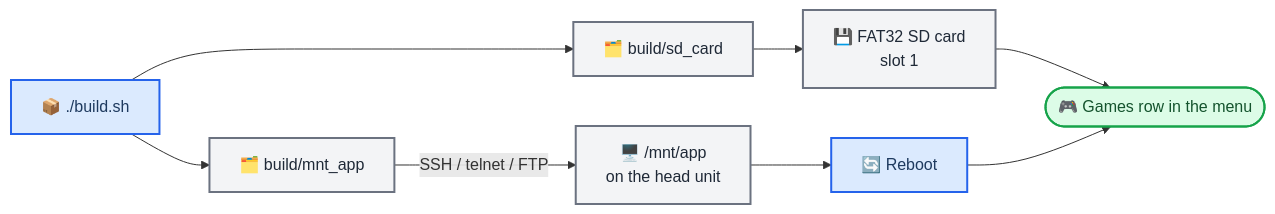
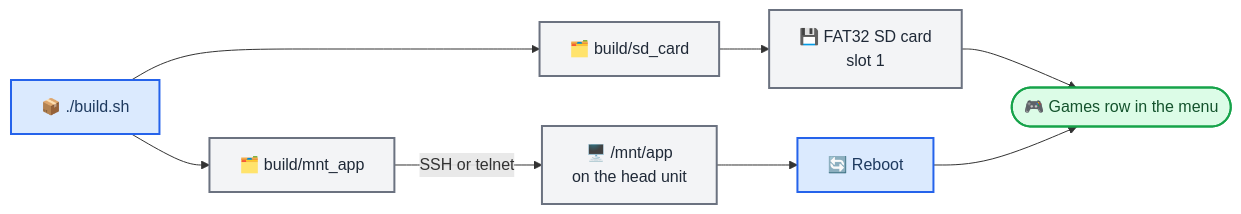
One commit to luka-dev/audi-mib2q-retroarch changed the first of 2 diagrams in README.md. Above: the diagram before and after it, drawn with Mermaid. The commit also changed other lines of this file and 1 other file, not shown here.

First line of the commit message:
Docs: SSH or telnet only, and the IP is per-unit

````diff
--- a/README.md
+++ b/README.md
@@ -123,24 +123,24 @@
 ```mermaid
 flowchart LR
     accTitle: Build and Install Flow
     accDescr: build.sh produces two trees; one is copied to a FAT32 SD card and the other over SSH into the head unit's app image, after which the unit is rebooted.
 
     build["📦 ./build.sh"]
     sd_tree["🗂️ build/sd_card"]
     app_tree["🗂️ build/mnt_app"]
     card["💾 FAT32 SD card<br/>slot 1"]
     hu["🖥️ /mnt/app<br/>on the head unit"]
     reboot["🔄 Reboot"]
     games(["🎮 Games row in the menu"])
 
     build --> sd_tree --> card --> games
-    build --> app_tree -->|"SSH / telnet / FTP"| hu --> reboot --> games
+    build --> app_tree -->|"SSH or telnet"| hu --> reboot --> games
 
     classDef primary fill:#dbeafe,stroke:#2563eb,stroke-width:2px,color:#1e3a5f
     classDef neutral fill:#f3f4f6,stroke:#6b7280,stroke-width:2px,color:#1f2937
     classDef success fill:#dcfce7,stroke:#16a34a,stroke-width:2px,color:#14532d
 
     class build,reboot primary
     class sd_tree,app_tree,card,hu neutral
     class games success
 ```
````
